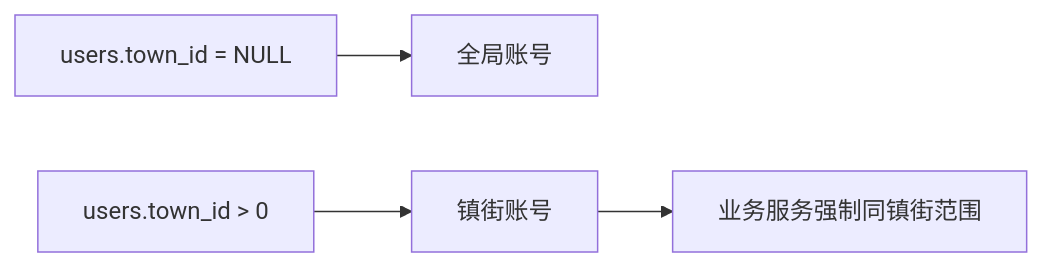
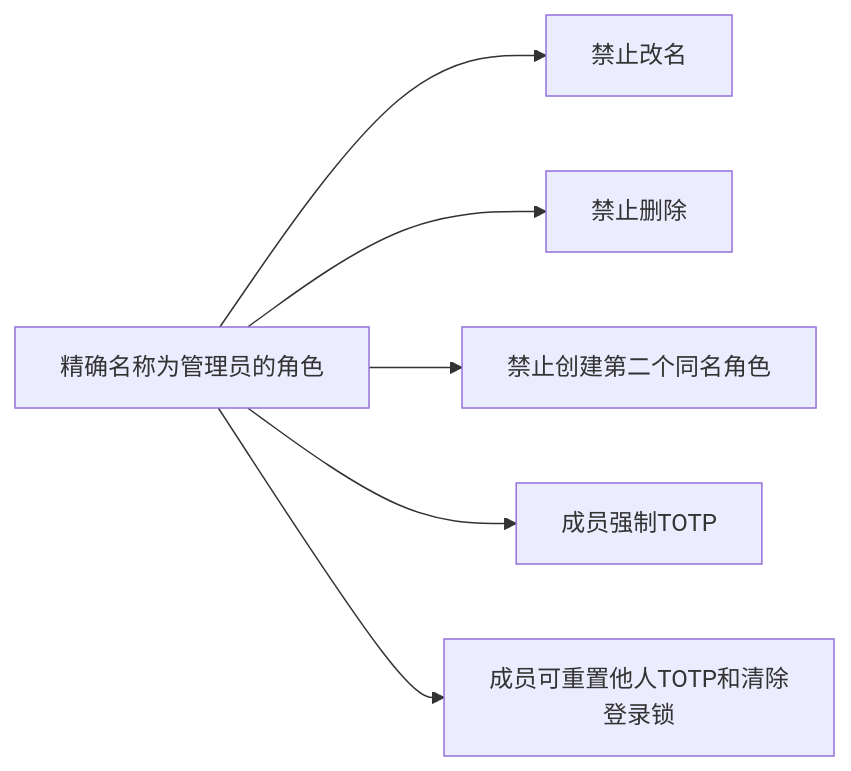
One commit to kongzhiao/tools-hyperf changed the fourth of 4 diagrams in docs/系统用户管理/业务流程图解.md. Above: the diagram before and after it, drawn with Mermaid. The commit also changed other lines of this file and 106 other files, not shown here.

````diff
--- a/docs/系统用户管理/业务流程图解.md
+++ b/docs/系统用户管理/业务流程图解.md
@@ -61,6 +57,8 @@
 ```mermaid
 flowchart LR
-    A["users.town_id = NULL"] --> B["全局账号"]
-    C["users.town_id > 0"] --> D["镇街账号"]
-    D --> E["业务服务强制同镇街范围"]
+    A["精确名称为管理员的角色"] --> B["禁止改名"]
+    A --> C["禁止删除"]
+    A --> D["禁止创建第二个同名角色"]
+    A --> E["成员强制TOTP"]
+    A --> F["成员可重置他人TOTP和清除登录锁"]
 ```
````
